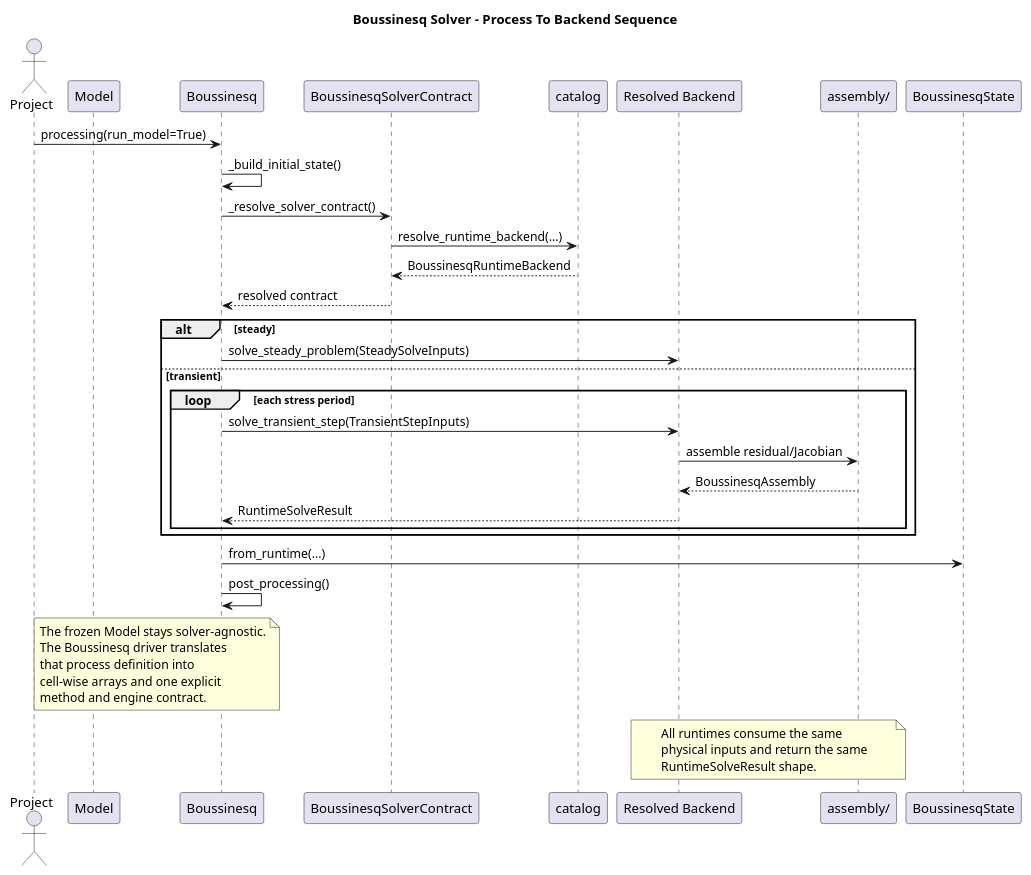
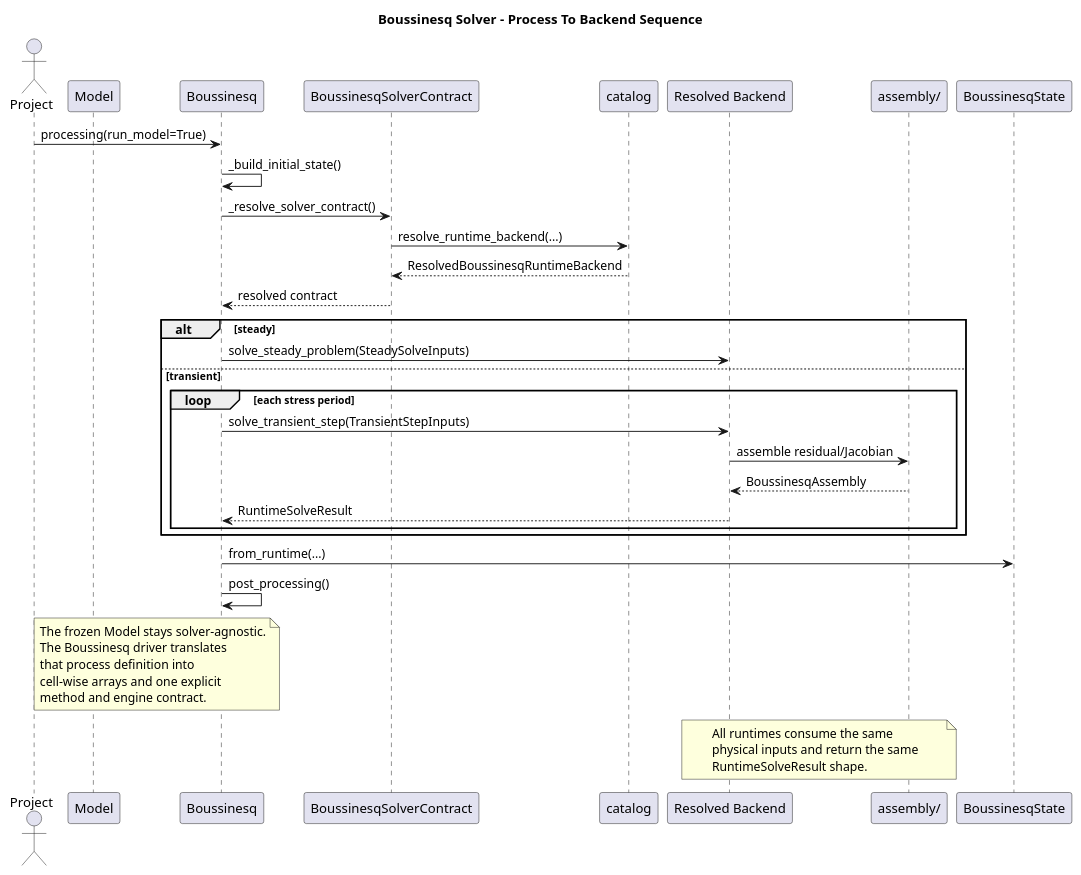
The diagram in docs/source/contribute/architecture/solver/diagrams/boussinesq_process_to_backend_sequence.wsd (HydroModPy/HydroModPy), drawn with PlantUML before and after one commit. The commit also changed 1458 other files, not shown here.

```diff
--- a/docs/source/contribute/architecture/solver/diagrams/boussinesq_process_to_backend_sequence.wsd
+++ b/docs/source/contribute/architecture/solver/diagrams/boussinesq_process_to_backend_sequence.wsd
@@ -1,48 +1,48 @@
 @startuml
 title Boussinesq Solver - Process To Backend Sequence
 
 actor Project
 participant Model
 participant "Boussinesq" as Solver
 participant "BoussinesqSolverContract" as Contract
 participant "catalog" as Selection
 participant "Resolved Backend" as Backend
 participant "assembly/" as Assembly
 participant "BoussinesqState" as State
 
 Project -> Solver : processing(run_model=True)
 Solver -> Solver : _build_initial_state()
 Solver -> Contract : _resolve_solver_contract()
 Contract -> Selection : resolve_runtime_backend(...)
-Selection --> Contract : BoussinesqRuntimeBackend
+Selection --> Contract : ResolvedBoussinesqRuntimeBackend
 Contract --> Solver : resolved contract
 
 alt steady
   Solver -> Backend : solve_steady_problem(SteadySolveInputs)
 else transient
   loop each stress period
     Solver -> Backend : solve_transient_step(TransientStepInputs)
     Backend -> Assembly : assemble residual/Jacobian
     Assembly --> Backend : BoussinesqAssembly
     Backend --> Solver : RuntimeSolveResult
   end
 end
 
 Solver -> State : from_runtime(...)
 Solver -> Solver : post_processing()
 
 note over Model, Solver
 The frozen Model stays solver-agnostic.
 The Boussinesq driver translates
 that process definition into
 cell-wise arrays and one explicit
 method and engine contract.
 end note
 
 note over Backend, Assembly
 All runtimes consume the same
 physical inputs and return the same
 RuntimeSolveResult shape.
 end note
 
 @enduml
```
